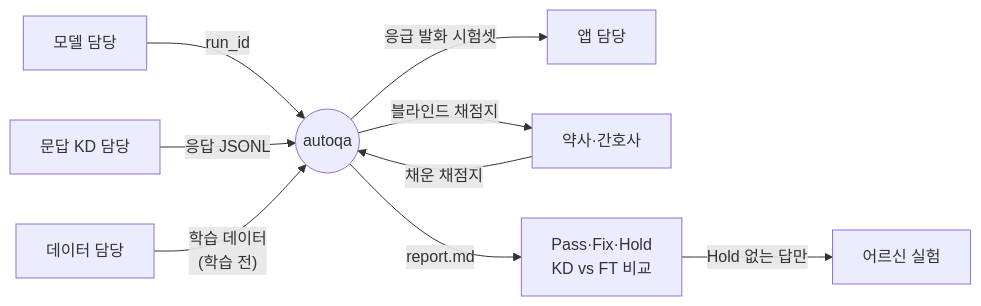
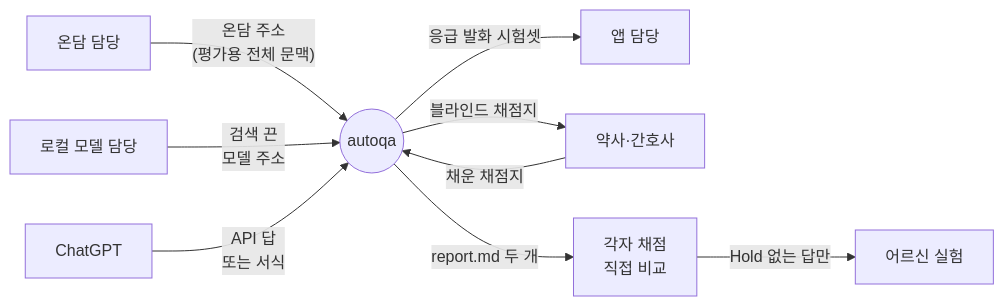
Before and after one commit to YOONPYOGitHub/knowledge-distillation: the third of 3 diagrams in README.md, drawn with Mermaid. The commit also changed other lines of this file and 53 other files, not shown here.

````diff
--- a/README.md
+++ b/README.md
@@ -84,11 +92,11 @@
 ```mermaid
 flowchart LR
-  M["모델 담당"] -->|"run_id"| Q(("autoqa"))
-  K["문답 KD 담당"] -->|"응답 JSONL"| Q
-  DA["데이터 담당"] -->|"학습 데이터<br/>(학습 전)"| Q
+  OD["온담 담당"] -->|"온담 주소<br/>(평가용 전체 문맥)"| Q(("autoqa"))
+  LM["로컬 모델 담당"] -->|"검색 끈<br/>모델 주소"| Q
+  CG["ChatGPT"] -->|"API 답<br/>또는 서식"| Q
   Q -->|"응급 발화 시험셋"| AP["앱 담당"]
   Q -->|"블라인드 채점지"| EX["약사·간호사"]
   EX -->|"채운 채점지"| Q
-  Q -->|"report.md"| RP["Pass·Fix·Hold<br/>KD vs FT 비교"]
+  Q -->|"report.md 두 개"| RP["각자 채점<br/>직접 비교"]
   RP -->|"Hold 없는 답만"| US["어르신 실험"]
 ```
````
